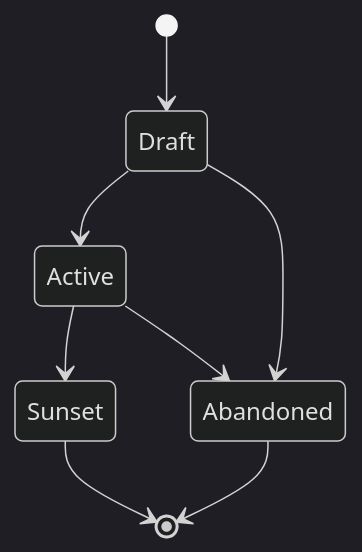
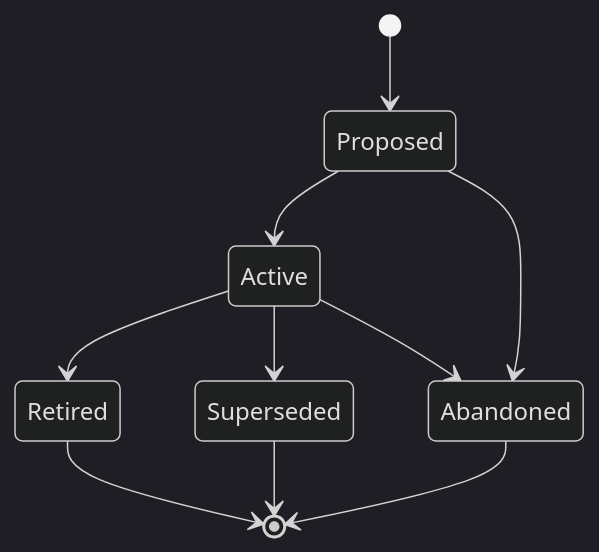
Before and after one commit to cristoslc/202602-workstation: the diagram in .agents/skills/swain-design/references/vision-definition.md, drawn with Mermaid (dark theme). The commit also changed other lines of this file and 139 other files, not shown here.

````diff
--- a/.agents/skills/swain-design/references/vision-definition.md
+++ b/.agents/skills/swain-design/references/vision-definition.md
@@ -5,10 +7,12 @@
 ```mermaid
 stateDiagram-v2
-    [*] --> Draft
-    Draft --> Active
-    Active --> Sunset
-    Sunset --> [*]
-    Draft --> Abandoned
+    [*] --> Proposed
+    Proposed --> Active
+    Active --> Retired
+    Active --> Superseded
+    Retired --> [*]
+    Superseded --> [*]
+    Proposed --> Abandoned
     Active --> Abandoned
     Abandoned --> [*]
 ```
````
